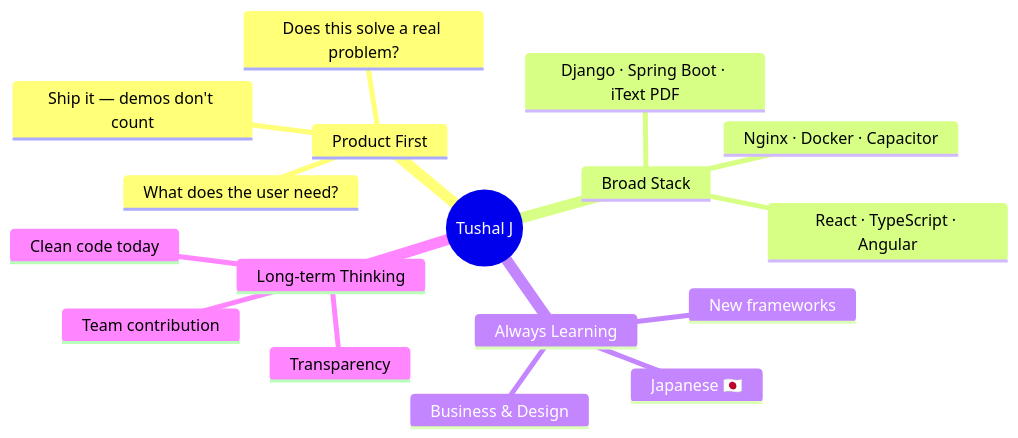
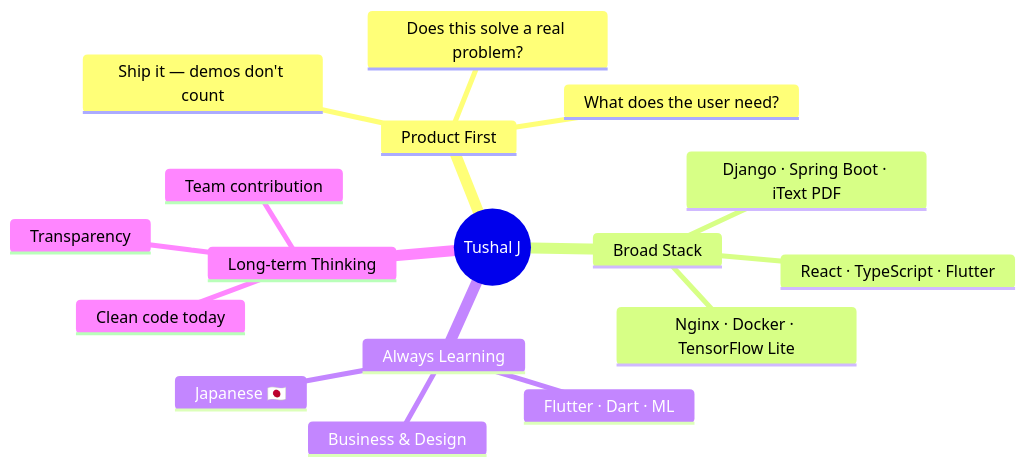
Before and after one commit to Tushal27/Tushal27: the diagram in README.md, drawn with Mermaid. The commit also changed other lines of this file, not shown here.

````diff
--- a/README.md
+++ b/README.md
@@ -85,20 +218,20 @@
 ```mermaid
 mindmap
   root((Tushal J))
     Product First
       What does the user need?
       Does this solve a real problem?
       Ship it — demos don't count
     Broad Stack
-      React · TypeScript · Angular
+      React · TypeScript · Flutter
       Django · Spring Boot · iText PDF
-      Nginx · Docker · Capacitor
+      Nginx · Docker · TensorFlow Lite
     Always Learning
       Japanese 🇯🇵
-      New frameworks
+      Flutter · Dart · ML
       Business & Design
     Long-term Thinking
       Clean code today
       Team contribution
       Transparency
 ```
````
